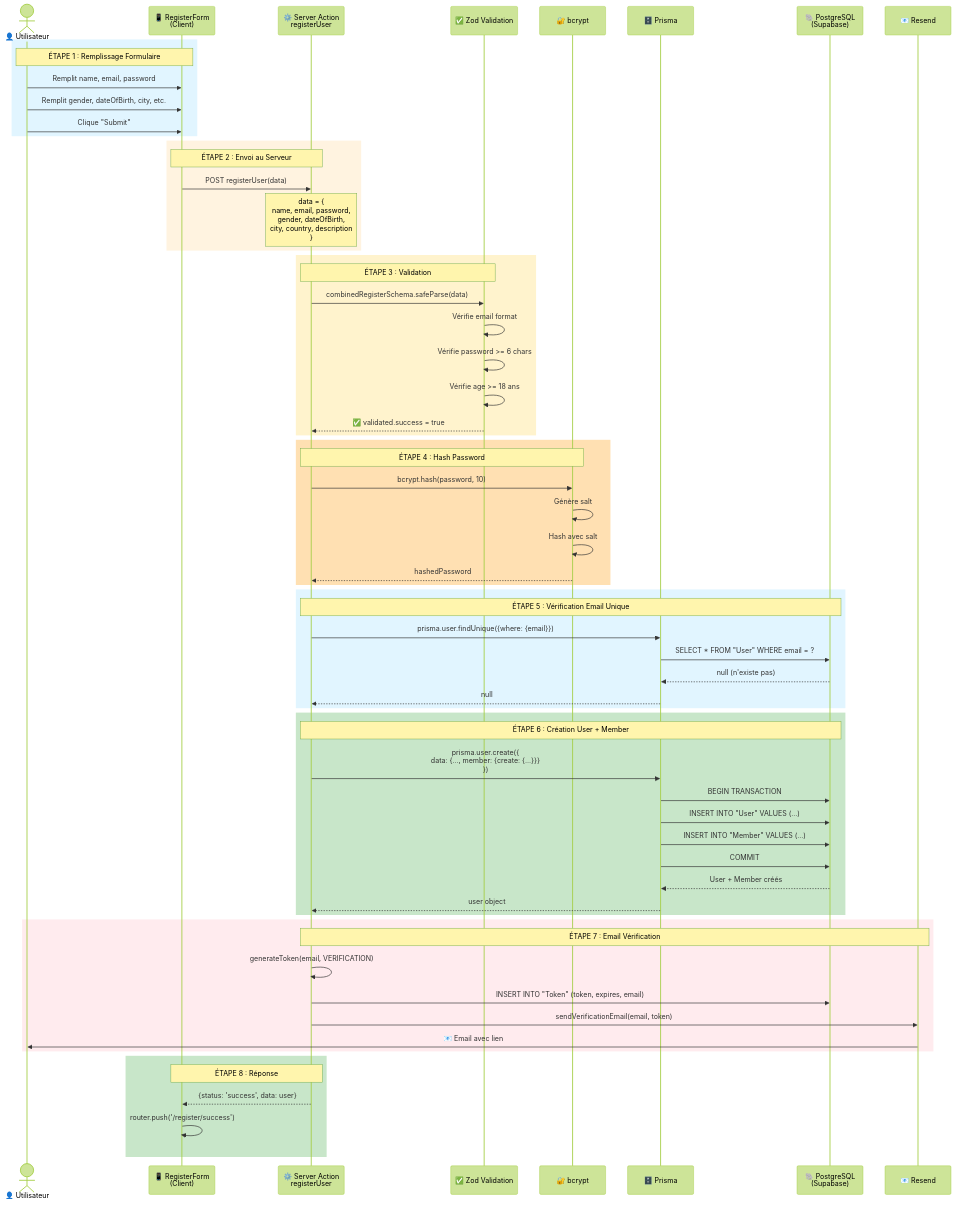
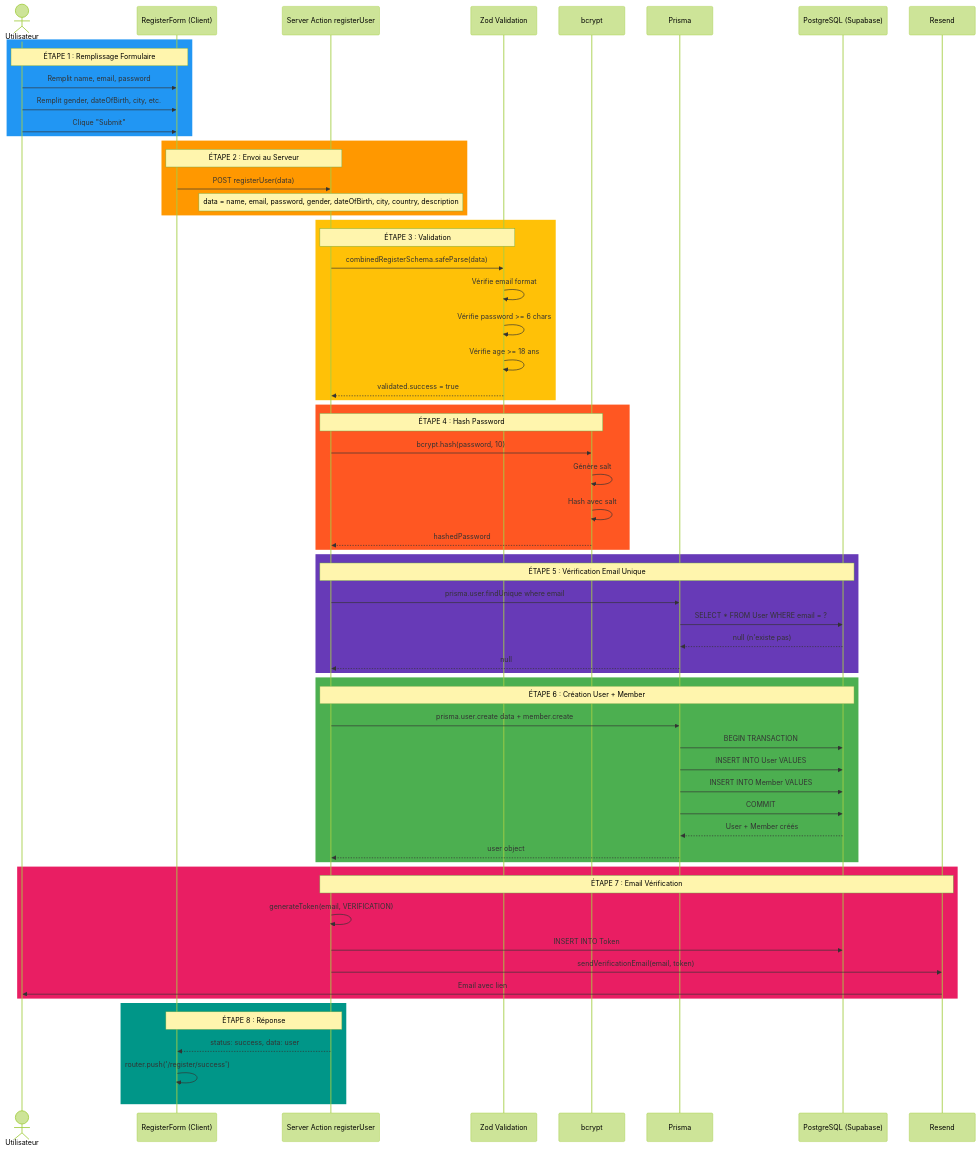
The second of 4 diagrams in documentation/21-flux-complet-authentification.md (inskillflow/next-auth-demo-2-match), drawn with Mermaid (forest theme) before and after one commit. The commit also changed 1 other file, not shown here.

Commit message:
Authentification

````diff
--- a/documentation/21-flux-complet-authentification.md
+++ b/documentation/21-flux-complet-authentification.md
@@ -83,74 +83,74 @@
 ```mermaid
 sequenceDiagram
-    actor U as 👤 Utilisateur
-    participant F as 📱 RegisterForm<br/>(Client)
-    participant SA as ⚙️ Server Action<br/>registerUser
-    participant Z as ✅ Zod Validation
-    participant B as 🔐 bcrypt
-    participant P as 🗄️ Prisma
-    participant DB as 🐘 PostgreSQL<br/>(Supabase)
-    participant R as 📧 Resend
+    actor U as Utilisateur
+    participant F as RegisterForm (Client)
+    participant SA as Server Action registerUser
+    participant Z as Zod Validation
+    participant B as bcrypt
+    participant P as Prisma
+    participant DB as PostgreSQL (Supabase)
+    participant R as Resend
     
-    rect rgb(225, 245, 255)
+    rect rgb(33, 150, 243)
         Note over U,F: ÉTAPE 1 : Remplissage Formulaire
         U->>F: Remplit name, email, password
         U->>F: Remplit gender, dateOfBirth, city, etc.
         U->>F: Clique "Submit"
     end
     
-    rect rgb(255, 243, 224)
+    rect rgb(255, 152, 0)
         Note over F,SA: ÉTAPE 2 : Envoi au Serveur
         F->>SA: POST registerUser(data)
-        Note over SA: data = {<br/>name, email, password,<br/>gender, dateOfBirth,<br/>city, country, description<br/>}
+        Note over SA: data = name, email, password, gender, dateOfBirth, city, country, description
     end
     
-    rect rgb(255, 243, 205)
+    rect rgb(255, 193, 7)
         Note over SA,Z: ÉTAPE 3 : Validation
         SA->>Z: combinedRegisterSchema.safeParse(data)
         Z->>Z: Vérifie email format
         Z->>Z: Vérifie password >= 6 chars
         Z->>Z: Vérifie age >= 18 ans
-        Z-->>SA: ✅ validated.success = true
+        Z-->>SA: validated.success = true
     end
     
-    rect rgb(255, 224, 178)
+    rect rgb(255, 87, 34)
         Note over SA,B: ÉTAPE 4 : Hash Password
         SA->>B: bcrypt.hash(password, 10)
         B->>B: Génère salt
         B->>B: Hash avec salt
         B-->>SA: hashedPassword
     end
     
-    rect rgb(225, 245, 255)
+    rect rgb(103, 58, 183)
         Note over SA,DB: ÉTAPE 5 : Vérification Email Unique
-        SA->>P: prisma.user.findUnique({where: {email}})
-        P->>DB: SELECT * FROM "User" WHERE email = ?
+        SA->>P: prisma.user.findUnique where email
+        P->>DB: SELECT * FROM User WHERE email = ?
         DB-->>P: null (n'existe pas)
         P-->>SA: null
     end
     
-    rect rgb(200, 230, 201)
+    rect rgb(76, 175, 80)
         Note over SA,DB: ÉTAPE 6 : Création User + Member
-        SA->>P: prisma.user.create({<br/>data: {..., member: {create: {...}}}<br/>})
+        SA->>P: prisma.user.create data + member.create
         P->>DB: BEGIN TRANSACTION
-        P->>DB: INSERT INTO "User" VALUES (...)
-        P->>DB: INSERT INTO "Member" VALUES (...)
+        P->>DB: INSERT INTO User VALUES
+        P->>DB: INSERT INTO Member VALUES
         P->>DB: COMMIT
         DB-->>P: User + Member créés
         P-->>SA: user object
     end
     
-    rect rgb(255, 235, 238)
+    rect rgb(233, 30, 99)
         Note over SA,R: ÉTAPE 7 : Email Vérification
         SA->>SA: generateToken(email, VERIFICATION)
-        SA->>DB: INSERT INTO "Token" (token, expires, email)
+        SA->>DB: INSERT INTO Token
         SA->>R: sendVerificationEmail(email, token)
-        R->>U: 📧 Email avec lien
+        R->>U: Email avec lien
     end
     
-    rect rgb(200, 230, 201)
+    rect rgb(0, 150, 136)
         Note over SA,F: ÉTAPE 8 : Réponse
-        SA-->>F: {status: 'success', data: user}
+        SA-->>F: status: success, data: user
         F->>F: router.push('/register/success')
     end
 ```
````
